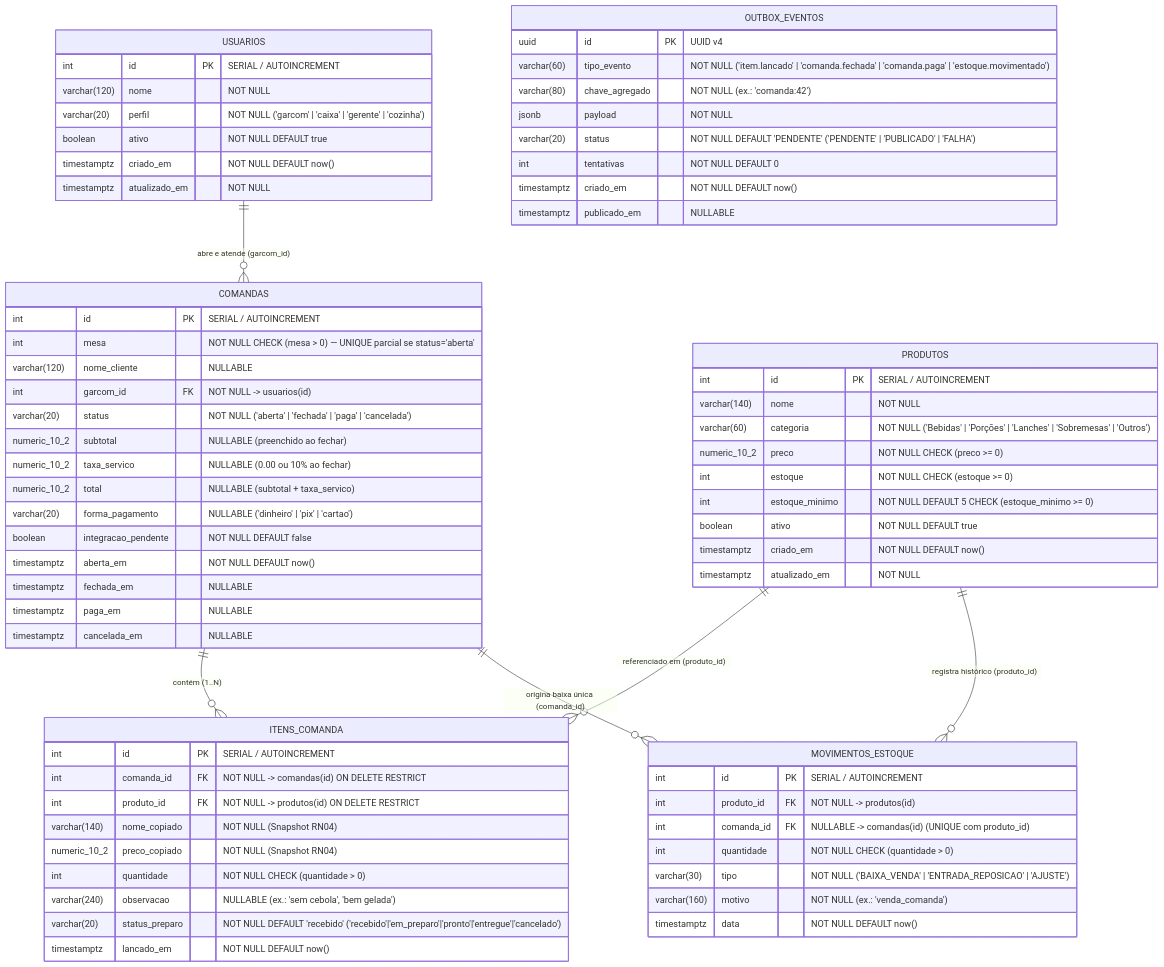
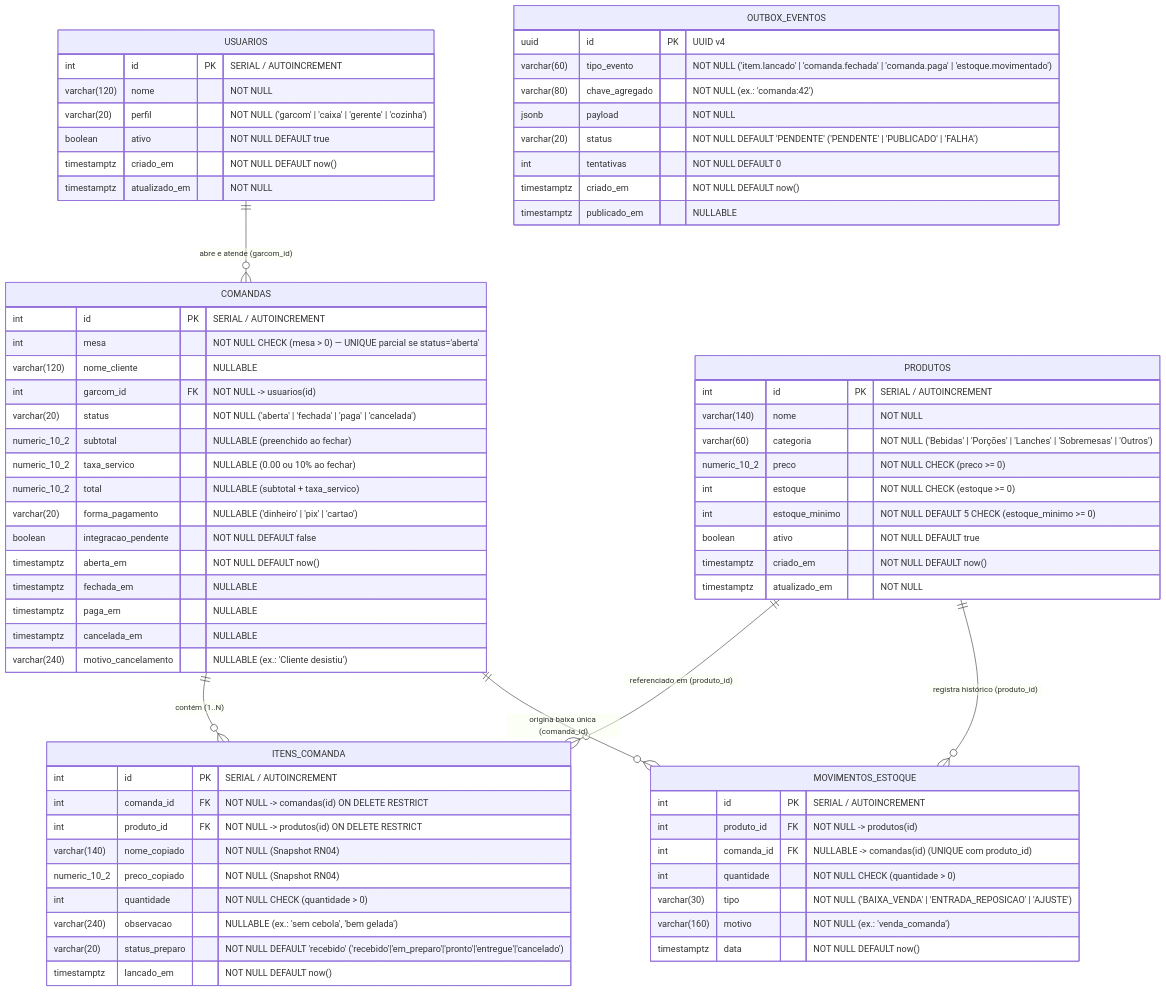
Before and after one commit to kaiofranca/vapt-pdv: the second of 6 diagrams in docs/engenharia/04-modelo-dados-e-dominio.md, drawn with Mermaid. The commit also changed other lines of this file and 4 other files, not shown here.

````diff
--- a/docs/engenharia/04-modelo-dados-e-dominio.md
+++ b/docs/engenharia/04-modelo-dados-e-dominio.md
@@ -82,79 +82,80 @@
 ```mermaid
 erDiagram
     USUARIOS ||--o{ COMANDAS : "abre e atende (garcom_id)"
     COMANDAS ||--o{ ITENS_COMANDA : "contém (1..N)"
     PRODUTOS ||--o{ ITENS_COMANDA : "referenciado em (produto_id)"
     PRODUTOS ||--o{ MOVIMENTOS_ESTOQUE : "registra histórico (produto_id)"
     COMANDAS ||--o{ MOVIMENTOS_ESTOQUE : "origina baixa única (comanda_id)"
 
     USUARIOS {
         int id PK "SERIAL / AUTOINCREMENT"
         varchar(120) nome "NOT NULL"
         varchar(20) perfil "NOT NULL ('garcom' | 'caixa' | 'gerente' | 'cozinha')"
         boolean ativo "NOT NULL DEFAULT true"
         timestamptz criado_em "NOT NULL DEFAULT now()"
         timestamptz atualizado_em "NOT NULL"
     }
 
     PRODUTOS {
         int id PK "SERIAL / AUTOINCREMENT"
         varchar(140) nome "NOT NULL"
         varchar(60) categoria "NOT NULL ('Bebidas' | 'Porções' | 'Lanches' | 'Sobremesas' | 'Outros')"
         numeric_10_2 preco "NOT NULL CHECK (preco >= 0)"
         int estoque "NOT NULL CHECK (estoque >= 0)"
         int estoque_minimo "NOT NULL DEFAULT 5 CHECK (estoque_minimo >= 0)"
         boolean ativo "NOT NULL DEFAULT true"
         timestamptz criado_em "NOT NULL DEFAULT now()"
         timestamptz atualizado_em "NOT NULL"
     }
 
     COMANDAS {
         int id PK "SERIAL / AUTOINCREMENT"
         int mesa "NOT NULL CHECK (mesa > 0) — UNIQUE parcial se status='aberta'"
         varchar(120) nome_cliente "NULLABLE"
         int garcom_id FK "NOT NULL -> usuarios(id)"
         varchar(20) status "NOT NULL ('aberta' | 'fechada' | 'paga' | 'cancelada')"
         numeric_10_2 subtotal "NULLABLE (preenchido ao fechar)"
         numeric_10_2 taxa_servico "NULLABLE (0.00 ou 10% ao fechar)"
         numeric_10_2 total "NULLABLE (subtotal + taxa_servico)"
         varchar(20) forma_pagamento "NULLABLE ('dinheiro' | 'pix' | 'cartao')"
         boolean integracao_pendente "NOT NULL DEFAULT false"
         timestamptz aberta_em "NOT NULL DEFAULT now()"
         timestamptz fechada_em "NULLABLE"
         timestamptz paga_em "NULLABLE"
         timestamptz cancelada_em "NULLABLE"
+        varchar(240) motivo_cancelamento "NULLABLE (ex.: 'Cliente desistiu')"
     }
 
     ITENS_COMANDA {
         int id PK "SERIAL / AUTOINCREMENT"
         int comanda_id FK "NOT NULL -> comandas(id) ON DELETE RESTRICT"
         int produto_id FK "NOT NULL -> produtos(id) ON DELETE RESTRICT"
         varchar(140) nome_copiado "NOT NULL (Snapshot RN04)"
         numeric_10_2 preco_copiado "NOT NULL (Snapshot RN04)"
         int quantidade "NOT NULL CHECK (quantidade > 0)"
         varchar(240) observacao "NULLABLE (ex.: 'sem cebola', 'bem gelada')"
         varchar(20) status_preparo "NOT NULL DEFAULT 'recebido' ('recebido'|'em_preparo'|'pronto'|'entregue'|'cancelado')"
         timestamptz lancado_em "NOT NULL DEFAULT now()"
     }
 
     MOVIMENTOS_ESTOQUE {
         int id PK "SERIAL / AUTOINCREMENT"
         int produto_id FK "NOT NULL -> produtos(id)"
         int comanda_id FK "NULLABLE -> comandas(id) (UNIQUE com produto_id)"
         int quantidade "NOT NULL CHECK (quantidade > 0)"
         varchar(30) tipo "NOT NULL ('BAIXA_VENDA' | 'ENTRADA_REPOSICAO' | 'AJUSTE')"
         varchar(160) motivo "NOT NULL (ex.: 'venda_comanda')"
         timestamptz data "NOT NULL DEFAULT now()"
     }
 
     OUTBOX_EVENTOS {
         uuid id PK "UUID v4"
         varchar(60) tipo_evento "NOT NULL ('item.lancado' | 'comanda.fechada' | 'comanda.paga' | 'estoque.movimentado')"
         varchar(80) chave_agregado "NOT NULL (ex.: 'comanda:42')"
         jsonb payload "NOT NULL"
         varchar(20) status "NOT NULL DEFAULT 'PENDENTE' ('PENDENTE' | 'PUBLICADO' | 'FALHA')"
         int tentativas "NOT NULL DEFAULT 0"
         timestamptz criado_em "NOT NULL DEFAULT now()"
         timestamptz publicado_em "NULLABLE"
     }
 ```
````
